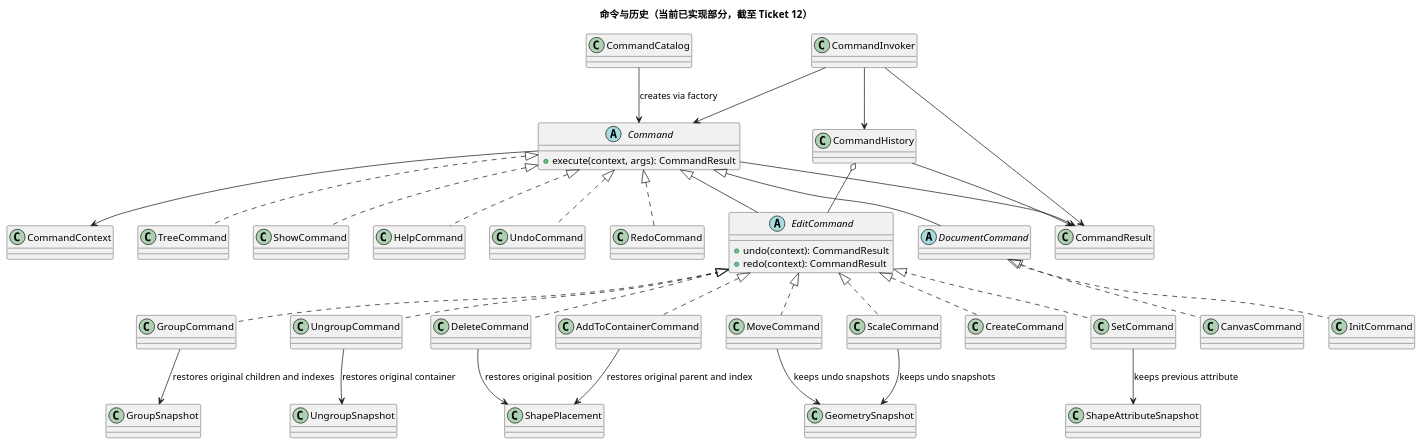
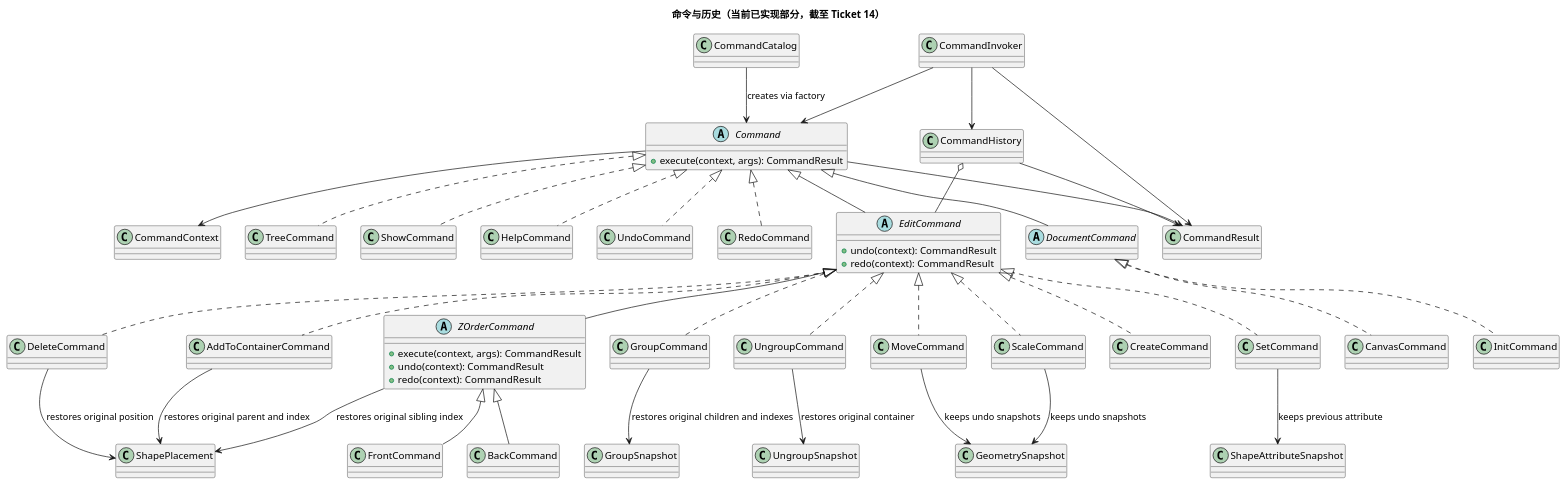
One commit to NQC233/svg-editor-lab1 changed the second of 2 diagrams in doc/class-model.puml. Above: the diagram before and after it, drawn with PlantUML. The commit also changed other lines of this file and 6 other files, not shown here.

```diff
--- a/doc/class-model.puml
+++ b/doc/class-model.puml
@@ -124,73 +126,84 @@
 @startuml
-title 命令与历史（当前已实现部分，截至 Ticket 12）
+title 命令与历史（当前已实现部分，截至 Ticket 14）
 
 abstract class Command {
   +execute(context, args): CommandResult
 }
 
 abstract class DocumentCommand
 
 abstract class EditCommand {
   +undo(context): CommandResult
   +redo(context): CommandResult
 }
 
 class CommandResult
 class CommandCatalog
 class CommandInvoker
 class CommandHistory
 class CommandContext
 class ShapePlacement
 class UngroupSnapshot
 class GroupSnapshot
 
 class CreateCommand
 class DeleteCommand
 class GroupCommand
 class UngroupCommand
 class AddToContainerCommand
+abstract class ZOrderCommand {
+  +execute(context, args): CommandResult
+  +undo(context): CommandResult
+  +redo(context): CommandResult
+}
+class FrontCommand
+class BackCommand
 class MoveCommand
 class ScaleCommand
 class SetCommand
 class CanvasCommand
 class InitCommand
 class TreeCommand
 class ShowCommand
 class HelpCommand
 class UndoCommand
 class RedoCommand
 
 Command <|-- EditCommand
 Command <|-- DocumentCommand
 EditCommand <|.. CreateCommand
 EditCommand <|.. DeleteCommand
 EditCommand <|.. GroupCommand
 EditCommand <|.. UngroupCommand
 EditCommand <|.. AddToContainerCommand
+EditCommand <|-- ZOrderCommand
+ZOrderCommand <|-- FrontCommand
+ZOrderCommand <|-- BackCommand
 EditCommand <|.. MoveCommand
 EditCommand <|.. ScaleCommand
 EditCommand <|.. SetCommand
 DocumentCommand <|.. CanvasCommand
 DocumentCommand <|.. InitCommand
 Command <|.. TreeCommand
 Command <|.. ShowCommand
 Command <|.. HelpCommand
 Command <|.. UndoCommand
 Command <|.. RedoCommand
 
 CommandInvoker --> CommandHistory
 CommandInvoker --> Command
 CommandInvoker --> CommandResult
 CommandCatalog --> Command : creates via factory
 CommandHistory o-- EditCommand
 CommandHistory --> CommandResult
 Command --> CommandContext
 Command --> CommandResult
 DeleteCommand --> ShapePlacement : restores original position
 UngroupCommand --> UngroupSnapshot : restores original container
 GroupCommand --> GroupSnapshot : restores original children and indexes
 AddToContainerCommand --> ShapePlacement : restores original parent and index
+ZOrderCommand --> ShapePlacement : restores original sibling index
 MoveCommand --> GeometrySnapshot : keeps undo snapshots
 ScaleCommand --> GeometrySnapshot : keeps undo snapshots
 SetCommand --> ShapeAttributeSnapshot : keeps previous attribute
 @enduml
```
